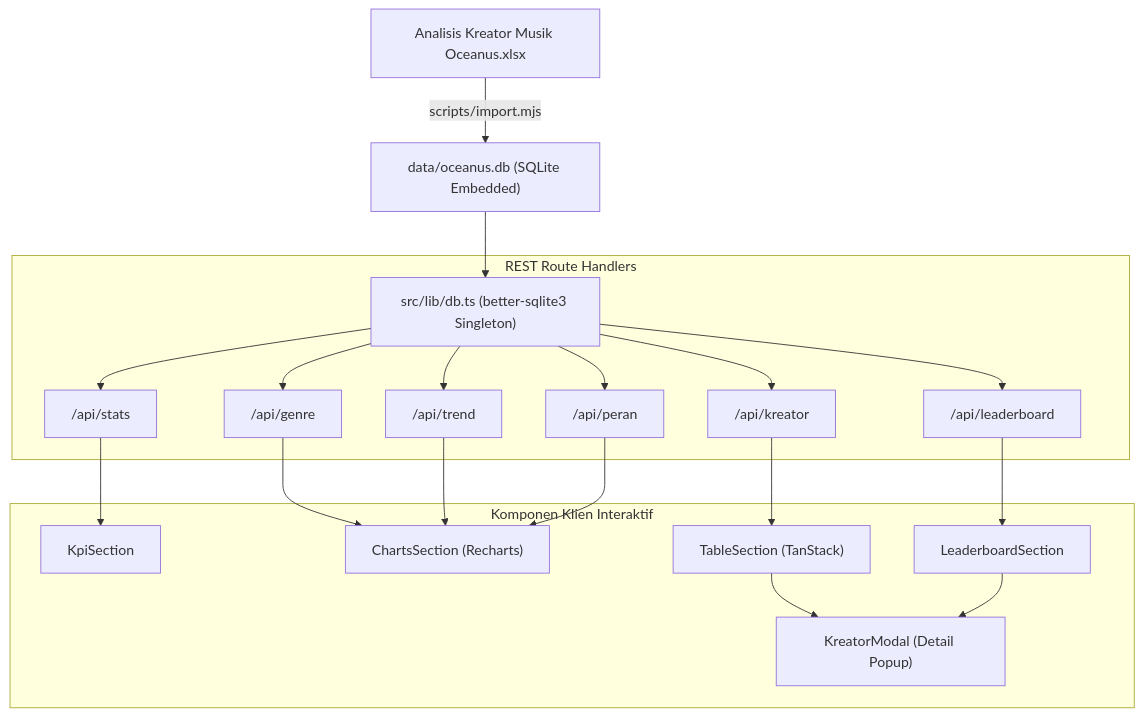
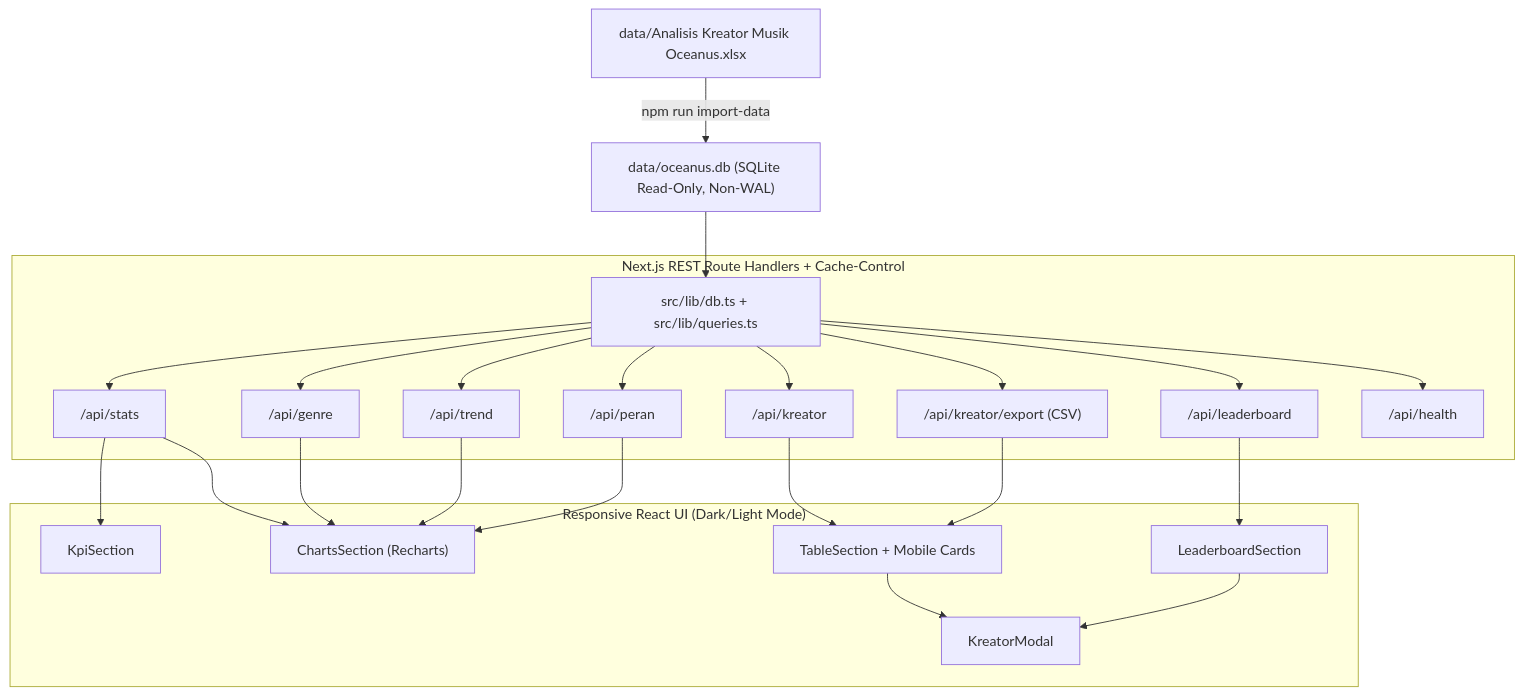
Before and after one commit to Rea1kah2/dashboard-oceanus: the diagram in README.md, drawn with Mermaid. The commit also changed other lines of this file and 48 other files, not shown here.

Commit message:
fix & feat: harden API/SQLite, fix leaderboard modal & light mode, add BI filters/CSV export, and configure Render Docker deploy

````diff
--- a/README.md
+++ b/README.md
@@ -52,22 +59,24 @@
 ```mermaid
 flowchart TD
-    XLSX["Analisis Kreator Musik Oceanus.xlsx"] -->|scripts/import.mjs| DB["data/oceanus.db (SQLite Embedded)"]
-    DB --> LIB["src/lib/db.ts (better-sqlite3 Singleton)"]
-    
-    subgraph API ["REST Route Handlers"]
+    XLSX["data/Analisis Kreator Musik Oceanus.xlsx"] -->|npm run import-data| DB["data/oceanus.db (SQLite Read-Only, Non-WAL)"]
+    DB --> LIB["src/lib/db.ts + src/lib/queries.ts"]
+
+    subgraph API ["Next.js REST Route Handlers + Cache-Control"]
         LIB --> A1["/api/stats"]
         LIB --> A2["/api/genre"]
         LIB --> A3["/api/trend"]
         LIB --> A4["/api/peran"]
         LIB --> A5["/api/leaderboard"]
         LIB --> A6["/api/kreator"]
+        LIB --> A7["/api/kreator/export (CSV)"]
+        LIB --> A8["/api/health"]
     end
-    
-    subgraph UI ["Komponen Klien Interaktif"]
+
+    subgraph UI ["Responsive React UI (Dark/Light Mode)"]
         A1 --> KPI["KpiSection"]
-        A2 & A3 & A4 --> CHARTS["ChartsSection (Recharts)"]
+        A1 & A2 & A3 & A4 --> CHARTS["ChartsSection (Recharts)"]
         A5 --> LEADER["LeaderboardSection"]
-        A6 --> TABLE["TableSection (TanStack)"]
-        TABLE & LEADER --> MODAL["KreatorModal (Detail Popup)"]
+        A6 & A7 --> TABLE["TableSection + Mobile Cards"]
+        TABLE & LEADER --> MODAL["KreatorModal"]
     end
 ```
````
